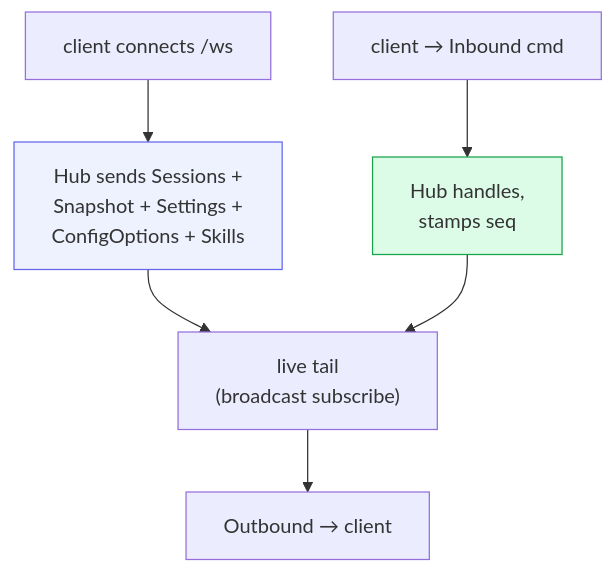
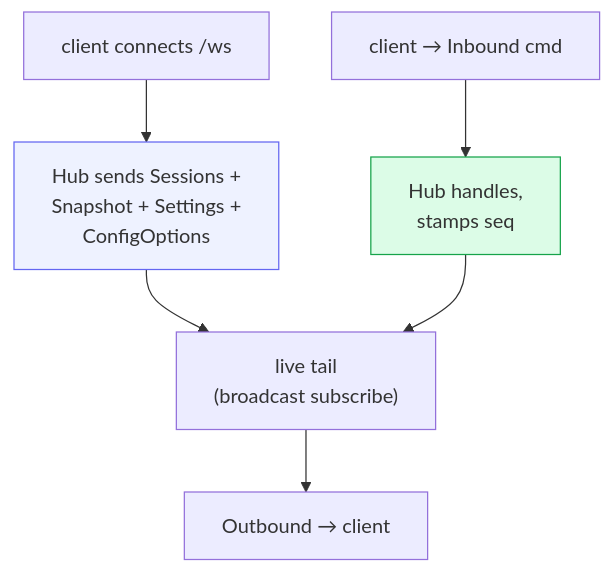
The diagram in docs/architecture/06-server-api.md (dravengarden/cowboy), drawn with Mermaid before and after one commit. The commit also changed other lines of this file and 18 other files, not shown here.

Commit message:
docs: align architecture with the remote agent IDE

````diff
--- a/docs/architecture/06-server-api.md
+++ b/docs/architecture/06-server-api.md
@@ -55,11 +65,11 @@
 ```mermaid
 flowchart TB
-    CONN["client connects /ws"] --> HELLO["Hub sends Sessions +<br/>Snapshot + Settings +<br/>ConfigOptions + Skills"]
+    CONN["client connects /ws"] --> HELLO["Hub sends Sessions +<br/>Snapshot + Settings +<br/>ConfigOptions"]
     HELLO --> TAIL["live tail<br/>(broadcast subscribe)"]
     CIN["client → Inbound cmd"] --> HUB["Hub handles,<br/>stamps seq"]
     HUB --> TAIL
     TAIL --> COUT["Outbound → client"]
 
     style HELLO fill:#eef2ff,stroke:#6366f1
     style HUB fill:#dcfce7,stroke:#16a34a
 ```
````
